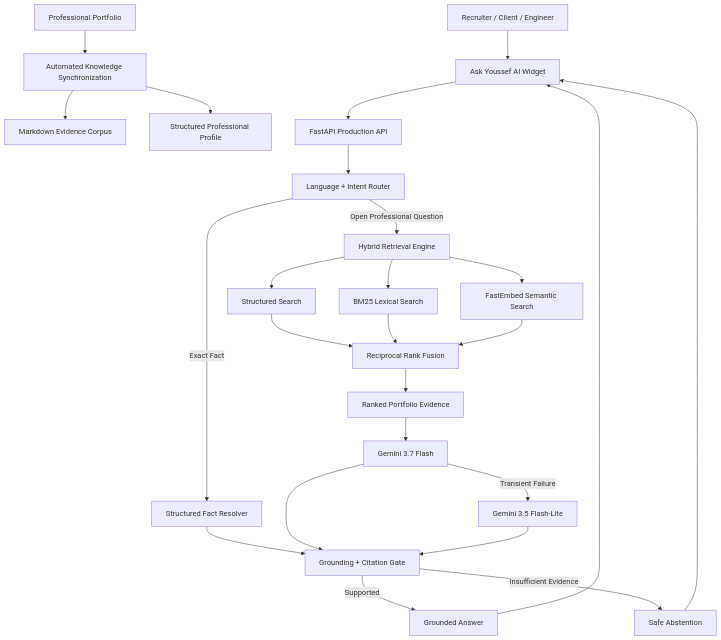
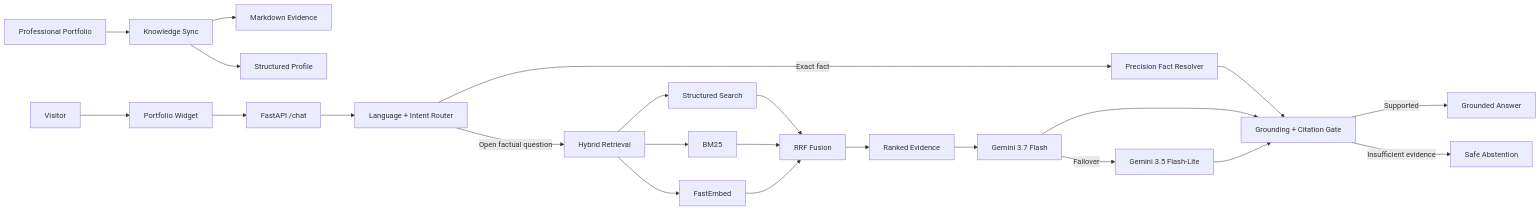
Before and after one commit to YOUSSEF-BT/ASK-YOUSSEF-AI: the diagram in README.md, drawn with Mermaid. The commit also changed other lines of this file, not shown here.

````diff
--- a/README.md
+++ b/README.md
@@ -89,43 +57,32 @@
 ```mermaid
-flowchart TD
+flowchart LR
+    A[Professional Portfolio] --> B[Knowledge Sync]
+    B --> C[Markdown Evidence]
+    B --> D[Structured Profile]
 
-    Portfolio[Professional Portfolio]
+    U[Visitor] --> W[Portfolio Widget]
+    W --> API[FastAPI /chat]
+    API --> R[Language + Intent Router]
 
-    Portfolio --> Sync[Automated Knowledge Synchronization]
+    R -->|Exact fact| F[Precision Fact Resolver]
+    R -->|Open factual question| H[Hybrid Retrieval]
 
-    Sync --> Corpus[Markdown Evidence Corpus]
-    Sync --> Profile[Structured Professional Profile]
+    H --> S[Structured Search]
+    H --> L[BM25]
+    H --> V[FastEmbed]
 
-    Visitor[Recruiter / Client / Engineer]
-    Visitor --> Widget[Ask Youssef AI Widget]
+    S --> RRF[RRF Fusion]
+    L --> RRF
+    V --> RRF
 
-    Widget --> API[FastAPI Production API]
+    RRF --> E[Ranked Evidence]
+    E --> G[Gemini 3.7 Flash]
+    G -->|Failover| GF[Gemini 3.5 Flash-Lite]
 
-    API --> Router[Language + Intent Router]
+    F --> Q[Grounding + Citation Gate]
+    G --> Q
+    GF --> Q
 
-    Router -->|Exact Fact| Facts[Structured Fact Resolver]
-    Router -->|Open Professional Question| Retrieval[Hybrid Retrieval Engine]
-
-    Retrieval --> Structured[Structured Search]
-    Retrieval --> BM25[BM25 Lexical Search]
-    Retrieval --> Semantic[FastEmbed Semantic Search]
-
-    Structured --> RRF[Reciprocal Rank Fusion]
-    BM25 --> RRF
-    Semantic --> RRF
-
-    RRF --> Evidence[Ranked Portfolio Evidence]
-
-    Evidence --> Gemini[Gemini 3.7 Flash]
-    Gemini -->|Transient Failure| Fallback[Gemini 3.5 Flash-Lite]
-
-    Facts --> Grounding[Grounding + Citation Gate]
-    Gemini --> Grounding
-    Fallback --> Grounding
-
-    Grounding -->|Supported| Answer[Grounded Answer]
-    Grounding -->|Insufficient Evidence| Abstention[Safe Abstention]
-
-    Answer --> Widget
-    Abstention --> Widget
+    Q -->|Supported| O[Grounded Answer]
+    Q -->|Insufficient evidence| X[Safe Abstention]
 ```
````
